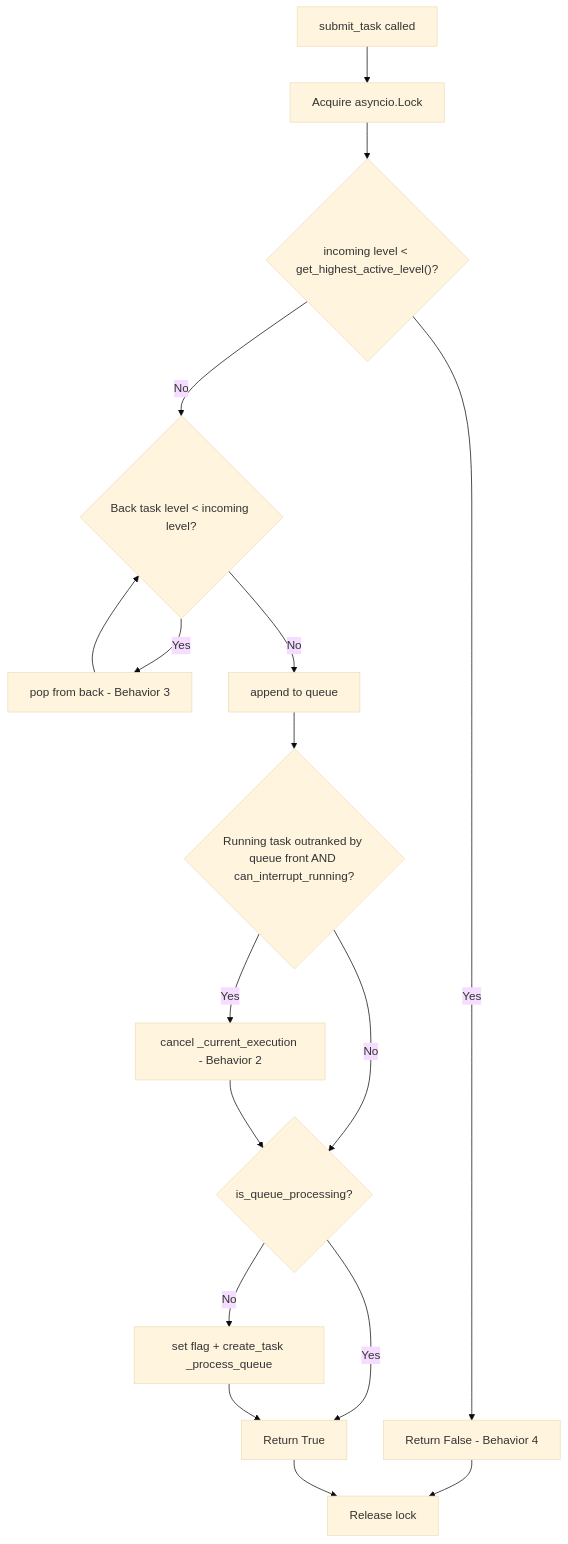
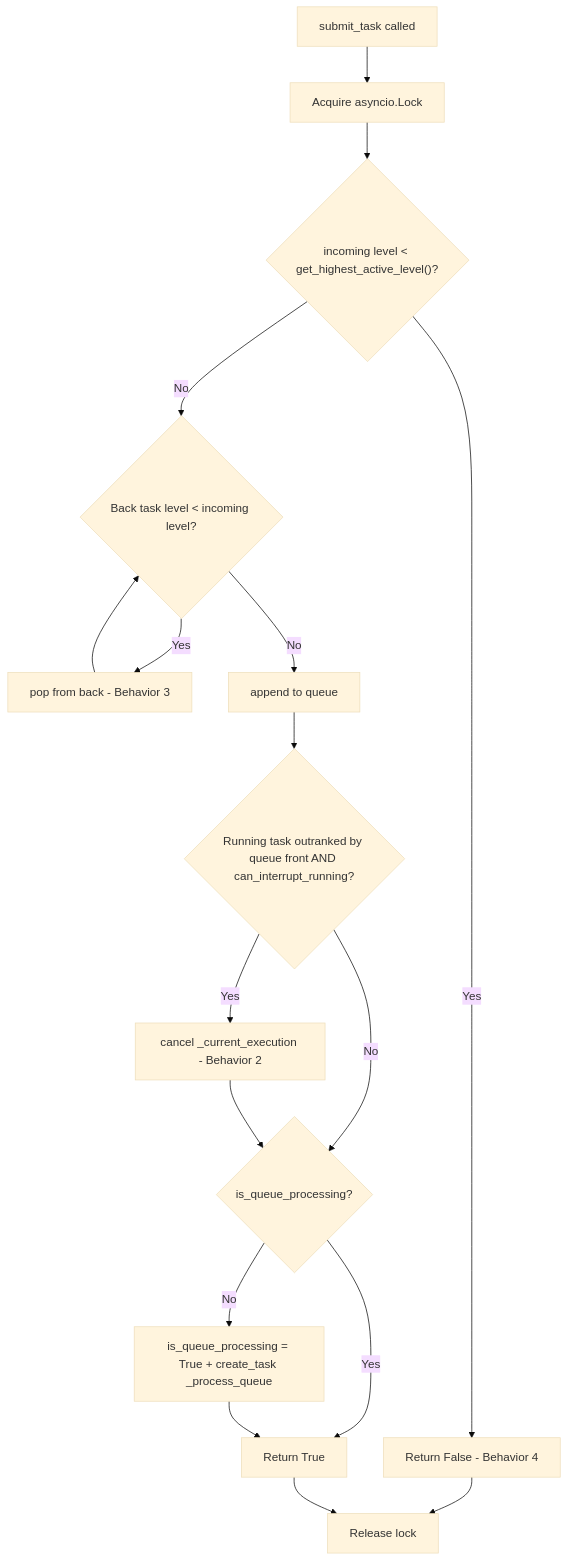
One commit to scoville/test_filter_queue changed the third of 9 diagrams in .cursor/plans/system_architecture_workflow_b2d79ca7.plan.md. Above: the diagram before and after it, drawn with Mermaid (base theme). The commit also changed other lines of this file and 3 other files, not shown here.

````diff
--- a/.cursor/plans/system_architecture_workflow_b2d79ca7.plan.md
+++ b/.cursor/plans/system_architecture_workflow_b2d79ca7.plan.md
@@ -129,19 +133,19 @@
 ```mermaid
 flowchart TD
     Start[submit_task called] --> Lock[Acquire asyncio.Lock]
     Lock --> CheckActive{"incoming level < get_highest_active_level()?"}
     CheckActive -->|Yes| Reject["Return False - Behavior 4"]
     CheckActive -->|No| EvictLoop{Back task level < incoming level?}
     EvictLoop -->|Yes| PopBack[pop from back - Behavior 3]
     PopBack --> EvictLoop
     EvictLoop -->|No| Append[append to queue]
     Append --> PreemptCheck{Running task outranked by queue front AND can_interrupt_running?}
     PreemptCheck -->|Yes| Cancel[cancel _current_execution - Behavior 2]
     PreemptCheck -->|No| Trigger
     Cancel --> Trigger{is_queue_processing?}
-    Trigger -->|No| Spawn[set flag + create_task _process_queue]
+    Trigger -->|No| Spawn["is_queue_processing = True + create_task _process_queue"]
     Trigger -->|Yes| Accept
     Spawn --> Accept[Return True]
     Reject --> Unlock[Release lock]
     Accept --> Unlock
 ```
````
